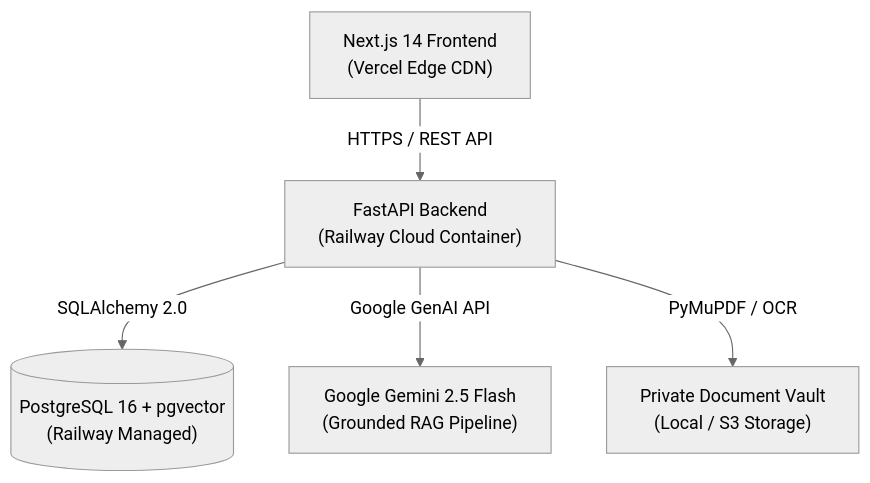
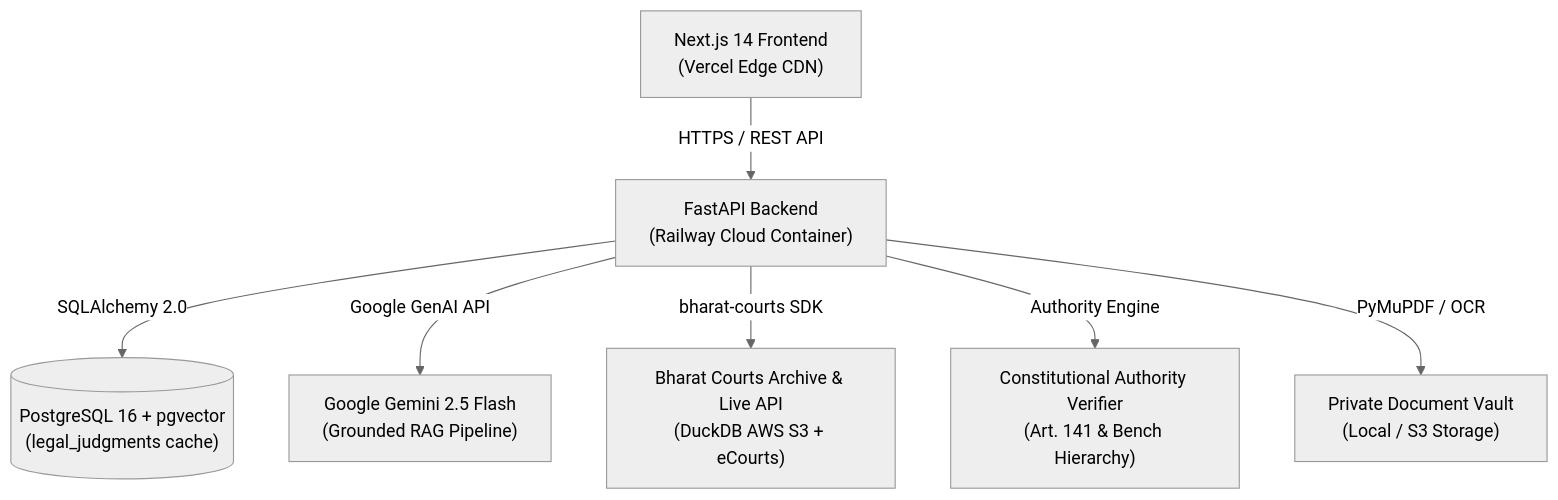
One commit to sjenijndjn/amil-legal changed the diagram in README.md. Above: the diagram before and after it, drawn with Mermaid (neutral theme). The commit also changed other lines of this file and 22 other files, not shown here.

Commit message:
feat: integrate Bharat Courts SDK, authority verification engine, and Juris RAG retriever

````diff
--- a/README.md
+++ b/README.md
@@ -116,7 +120,9 @@
 ```mermaid
 graph TD
     Client["Next.js 14 Frontend<br/>(Vercel Edge CDN)"] -->|"HTTPS / REST API"| Backend["FastAPI Backend<br/>(Railway Cloud Container)"]
-    Backend -->|"SQLAlchemy 2.0"| DB[("PostgreSQL 16 + pgvector<br/>(Railway Managed)")]
+    Backend -->|"SQLAlchemy 2.0"| DB[("PostgreSQL 16 + pgvector<br/>(legal_judgments cache)")]
     Backend -->|"Google GenAI API"| Gemini["Google Gemini 2.5 Flash<br/>(Grounded RAG Pipeline)"]
+    Backend -->|"bharat-courts SDK"| BC["Bharat Courts Archive & Live API<br/>(DuckDB AWS S3 + eCourts)"]
+    Backend -->|"Authority Engine"| AuthEngine["Constitutional Authority Verifier<br/>(Art. 141 & Bench Hierarchy)"]
     Backend -->|"PyMuPDF / OCR"| Vault["Private Document Vault<br/>(Local / S3 Storage)"]
 ```
````
